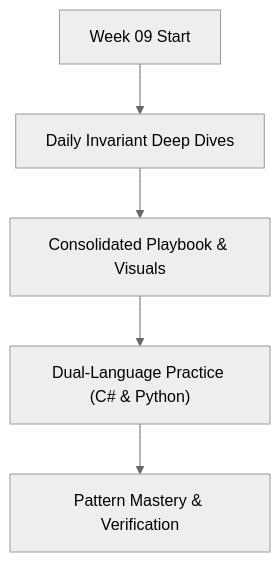
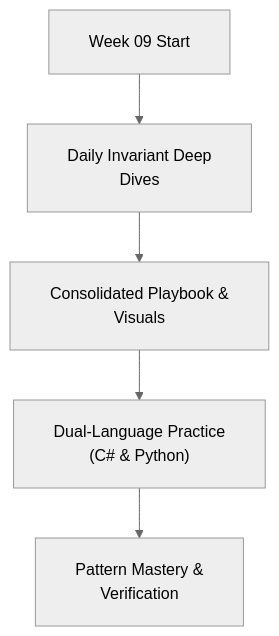
One commit to dip4k/DSA_102 changed the diagram in week_09_graph_algorithms_i/README.md. Above: the diagram before and after it, drawn with Mermaid (neutral theme). The commit also changed 108 other files, not shown here.

First line of the commit message:
fix(mermaid): resolve diagram clipping, padding, and syntax issues across repo

````diff
--- a/week_09_graph_algorithms_i/README.md
+++ b/week_09_graph_algorithms_i/README.md
@@ -16,7 +16,8 @@
 ```mermaid
+%%{init: {"flowchart": {"htmlLabels": true, "padding": 20}}}%%
 flowchart TD
-    Start["Week 09 Start"] --> Daily["Daily Invariant Deep Dives"]
-    Daily --> Playbook["Consolidated Playbook & Visuals"]
-    Playbook --> DualLang["Dual-Language Practice (C# & Python)"]
-    DualLang --> Mastery["Pattern Mastery & Verification"]
+    Start["Week 09 Start"] --> Daily["Daily Invariant Deep<br/>Dives"]
+    Daily --> Playbook["Consolidated Playbook &<br/>Visuals"]
+    Playbook --> DualLang["Dual-Language Practice<br/>(C# & Python)"]
+    DualLang --> Mastery["Pattern Mastery &<br/>Verification"]
 ```
````
